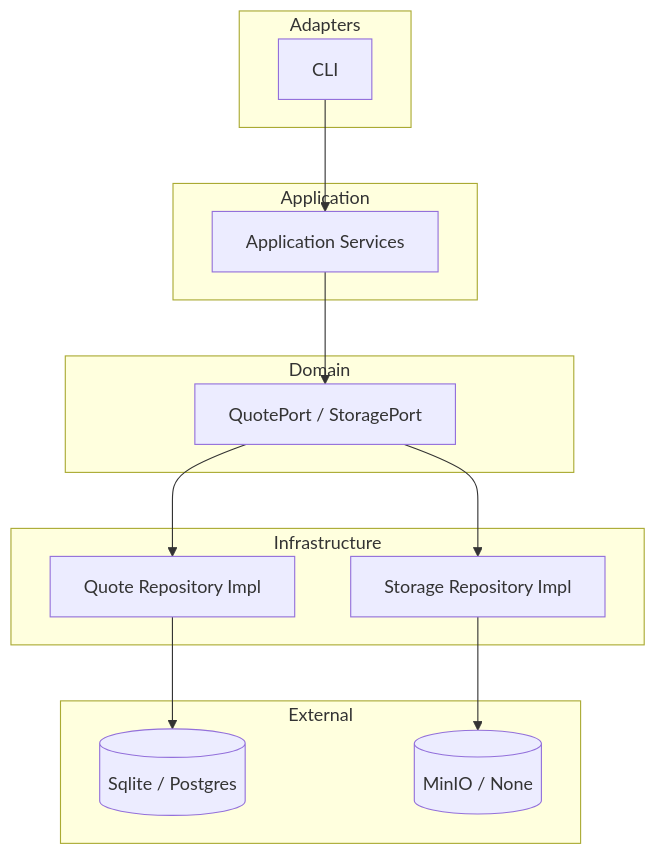
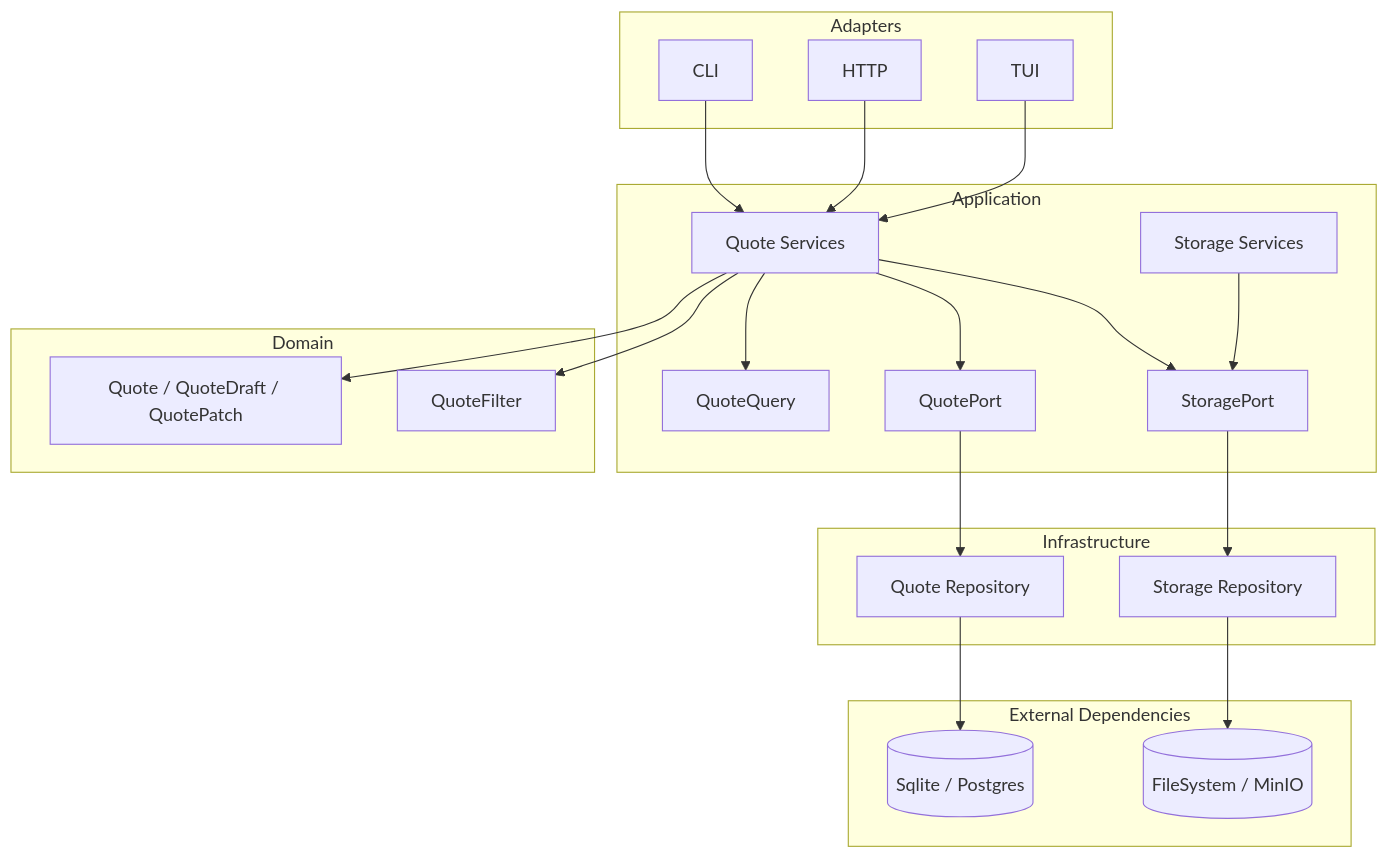
One commit to azvs-top/quote changed the first of 4 diagrams in README.md. Above: the diagram before and after it, drawn with Mermaid. The commit also changed other lines of this file and 10 other files, not shown here.

````diff
--- a/README.md
+++ b/README.md
@@ -73,32 +73,50 @@
 ```mermaid
 flowchart TB
 
-subgraph Adapters
-CLI[CLI]
+subgraph Adapters["Adapters"]
+CLI["CLI"]
+HTTP["HTTP"]
+TUI["TUI"]
 end
 
-subgraph Application
-APP[Application Services]
+subgraph Application["Application"]
+QSVC["Quote Services"]
+QQUERY["QuoteQuery"]
+QPORT["QuotePort"]
+SPORT["StoragePort"]
+SSVC["Storage Services"]
 end
 
-subgraph Domain
-PORTS[QuotePort / StoragePort]
+subgraph Domain["Domain"]
+QUOTE["Quote / QuoteDraft / QuotePatch"]
+QFILTER["QuoteFilter"]
 end
 
-subgraph Infrastructure
-QINFRA[Quote Repository Impl]
-SINFRA[Storage Repository Impl]
+subgraph Infra["Infrastructure"]
+QREPO["Quote Repository"]
+SREPO["Storage Repository"]
 end
 
-subgraph External
-DB[(Sqlite / Postgres)]
-OBJ[(MinIO / None)]
+subgraph External["External Dependencies"]
+DB[("Sqlite / Postgres")]
+OBJ[("FileSystem / MinIO")]
 end
 
-CLI --> APP
-APP --> PORTS
-PORTS --> QINFRA
-PORTS --> SINFRA
-QINFRA --> DB
-SINFRA --> OBJ
+CLI --> QSVC
+HTTP --> QSVC
+TUI --> QSVC
+
+QSVC --> QQUERY
+QSVC --> QPORT
+QSVC --> SPORT
+QSVC --> QUOTE
+QSVC --> QFILTER
+
+SSVC --> SPORT
+
+QPORT --> QREPO
+QREPO --> DB
+
+SPORT --> SREPO
+SREPO --> OBJ
 ```
````
